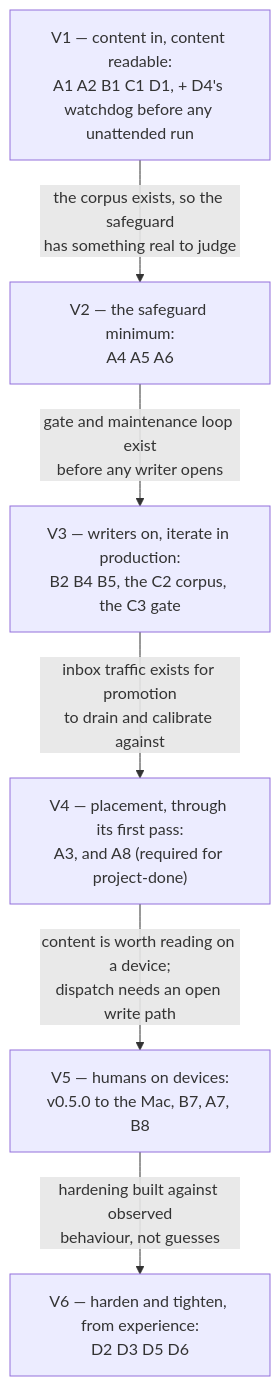
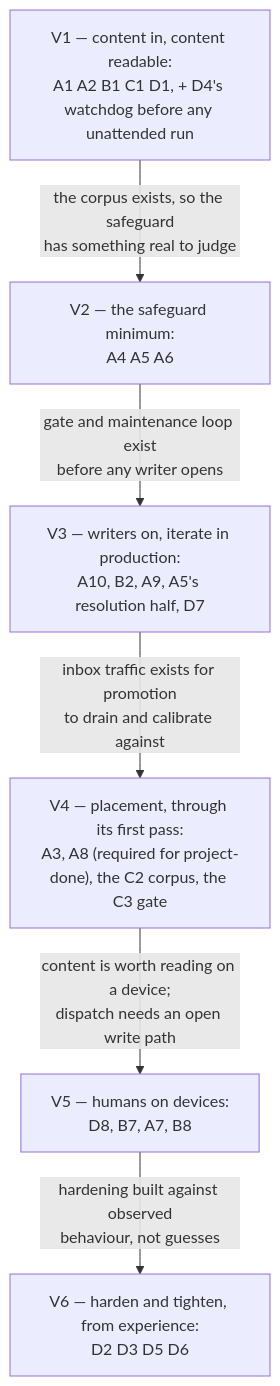
Before and after one commit to ppat/obsidian-tools: the diagram in ROADMAP.md, drawn with Mermaid. The commit also changed other lines of this file and 39 other files, not shown here.

````diff
--- a/ROADMAP.md
+++ b/ROADMAP.md
@@ -121,14 +131,14 @@
 ```mermaid
 flowchart TB
     V1n["V1 — content in, content readable:<br/>A1 A2 B1 C1 D1, + D4's watchdog before any unattended run"]
     V2n["V2 — the safeguard minimum:<br/>A4 A5 A6"]
-    V3n["V3 — writers on, iterate in production:<br/>B2 B4 B5, the C2 corpus, the C3 gate"]
-    V4n["V4 — placement, through its first pass:<br/>A3, and A8 (required for project-done)"]
-    V5n["V5 — humans on devices:<br/>v0.5.0 to the Mac, B7, A7, B8"]
+    V3n["V3 — writers on, iterate in production:<br/>A10, B2, A9, A5's resolution half, D7"]
+    V4n["V4 — placement, through its first pass:<br/>A3, A8 (required for project-done), the C2 corpus, the C3 gate"]
+    V5n["V5 — humans on devices:<br/>D8, B7, A7, B8"]
     V6n["V6 — harden and tighten, from experience:<br/>D2 D3 D5 D6"]
     V1n -->|"the corpus exists, so the safeguard<br/>has something real to judge"| V2n
     V2n -->|"gate and maintenance loop exist<br/>before any writer opens"| V3n
     V3n -->|"inbox traffic exists for promotion<br/>to drain and calibrate against"| V4n
     V4n -->|"content is worth reading on a device;<br/>dispatch needs an open write path"| V5n
     V5n -->|"hardening built against observed<br/>behaviour, not guesses"| V6n
 ```
````
